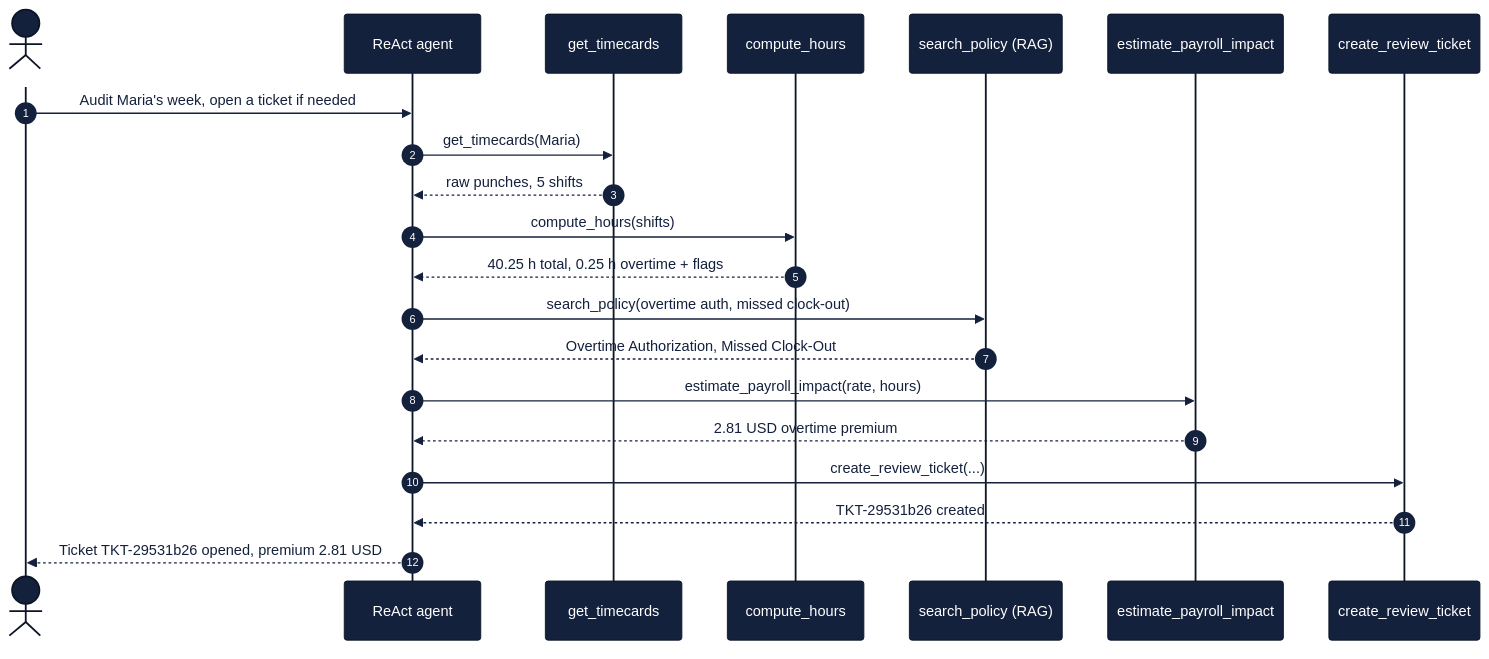
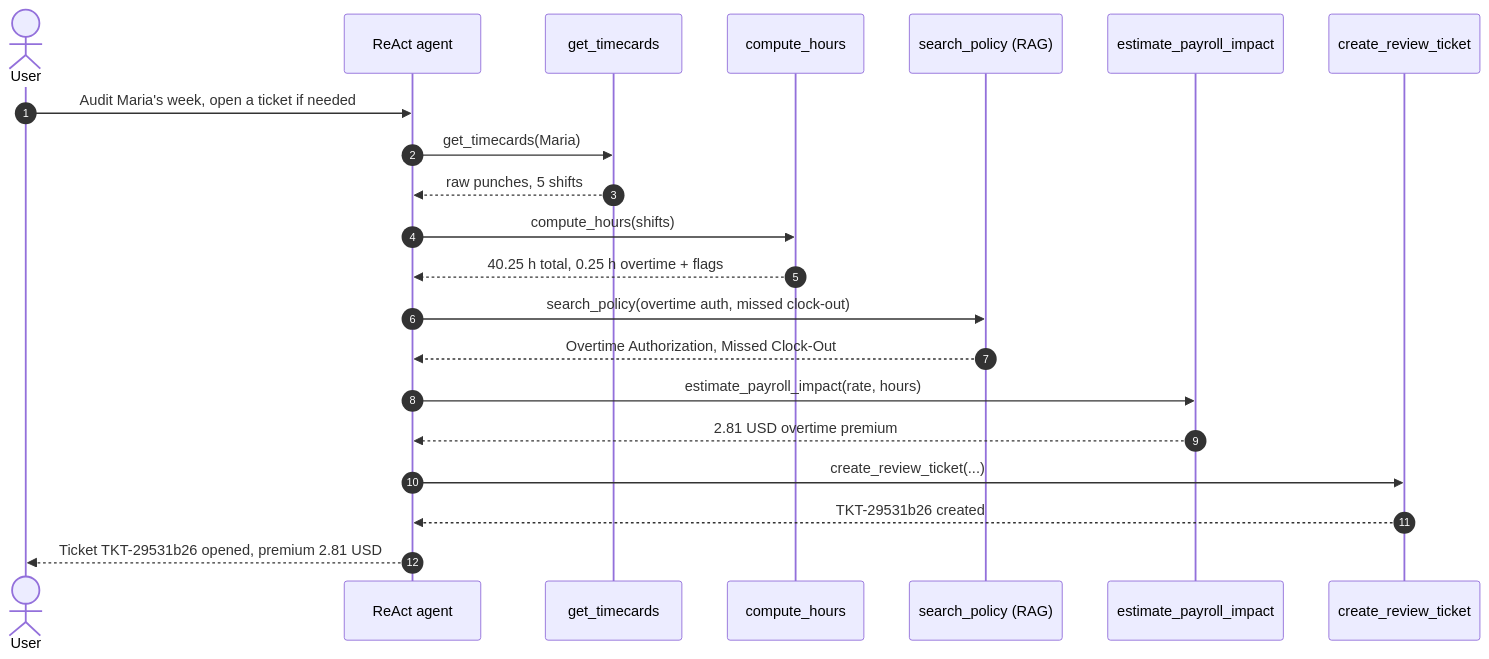
Before and after one commit to 2015pushkar/shiftguard_agent_v1: the third of 4 diagrams in README.md, drawn with Mermaid. The commit also changed other lines of this file, not shown here.

Commit message:
docs: Simplify Mermaid diagram styles and remove unused class definitions in README

````diff
--- a/README.md
+++ b/README.md
@@ -89,25 +79,24 @@
 ```mermaid
-%%{init: {'theme':'base','themeVariables':{'actorBkg':'#14213d','actorBorder':'#0b1526','actorTextColor':'#ffffff','signalColor':'#14213d','signalTextColor':'#14213d','noteBkgColor':'#ffd23f','noteBorderColor':'#d4a017','noteTextColor':'#14213d','sequenceNumberColor':'#ffffff'}}}%%
 sequenceDiagram
     autonumber
     actor U as User
     participant A as ReAct agent
     participant TC as get_timecards
     participant CH as compute_hours
     participant P as search_policy (RAG)
     participant EP as estimate_payroll_impact
     participant TK as create_review_ticket
 
     U->>A: Audit Maria's week, open a ticket if needed
     A->>TC: get_timecards(Maria)
     TC-->>A: raw punches, 5 shifts
     A->>CH: compute_hours(shifts)
     CH-->>A: 40.25 h total, 0.25 h overtime + flags
     A->>P: search_policy(overtime auth, missed clock-out)
     P-->>A: Overtime Authorization, Missed Clock-Out
     A->>EP: estimate_payroll_impact(rate, hours)
     EP-->>A: 2.81 USD overtime premium
     A->>TK: create_review_ticket(...)
     TK-->>A: TKT-29531b26 created
     A-->>U: Ticket TKT-29531b26 opened, premium 2.81 USD
 ```
````
